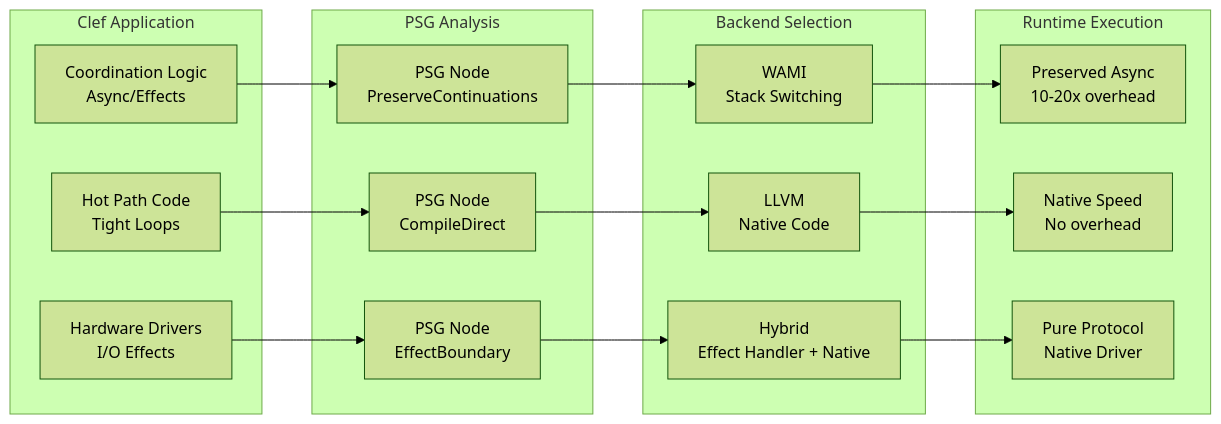
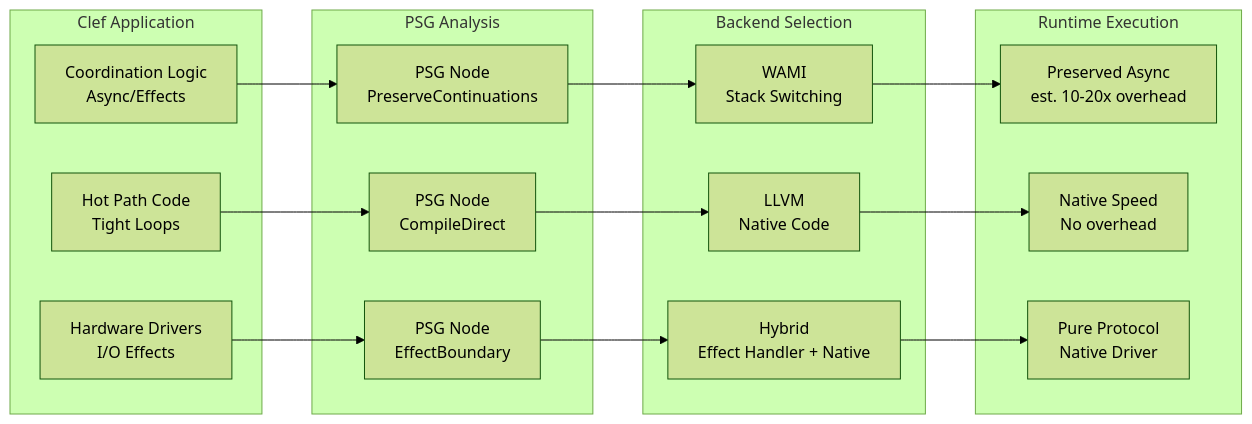
Before and after one commit to FidelityFramework/clef-lang-site: the third of 3 diagrams in hugo/content/docs/design/concurrency/the-continuation-preservation-paradox.md, drawn with Mermaid (forest theme). The commit also changed other lines of this file and 4 other files, not shown here.

````diff
--- a/hugo/content/docs/design/concurrency/the-continuation-preservation-paradox.md
+++ b/hugo/content/docs/design/concurrency/the-continuation-preservation-paradox.md
@@ -261,26 +265,26 @@
 ```mermaid
 flowchart LR
     subgraph "Clef Application"
         COORD[Coordination Logic<br/>Async/Effects]
         HOT[Hot Path Code<br/>Tight Loops]
         HW[Hardware Drivers<br/>I/O Effects]
     end
 
     subgraph "PSG Analysis"
         COORD --> PSG1[PSG Node<br/>PreserveContinuations]
         HOT --> PSG2[PSG Node<br/>CompileDirect]
         HW --> PSG3[PSG Node<br/>EffectBoundary]
     end
 
     subgraph "Backend Selection"
         PSG1 --> WAMI[WAMI<br/>Stack Switching]
         PSG2 --> LLVM[LLVM<br/>Native Code]
         PSG3 --> HYBRID[Hybrid<br/>Effect Handler + Native]
     end
 
     subgraph "Runtime Execution"
-        WAMI --> EXEC1[Preserved Async<br/>10-20x overhead]
+        WAMI --> EXEC1[Preserved Async<br/>est. 10-20x overhead]
         LLVM --> EXEC2[Native Speed<br/>No overhead]
         HYBRID --> EXEC3[Pure Protocol<br/>Native Driver]
     end
 ```
````
